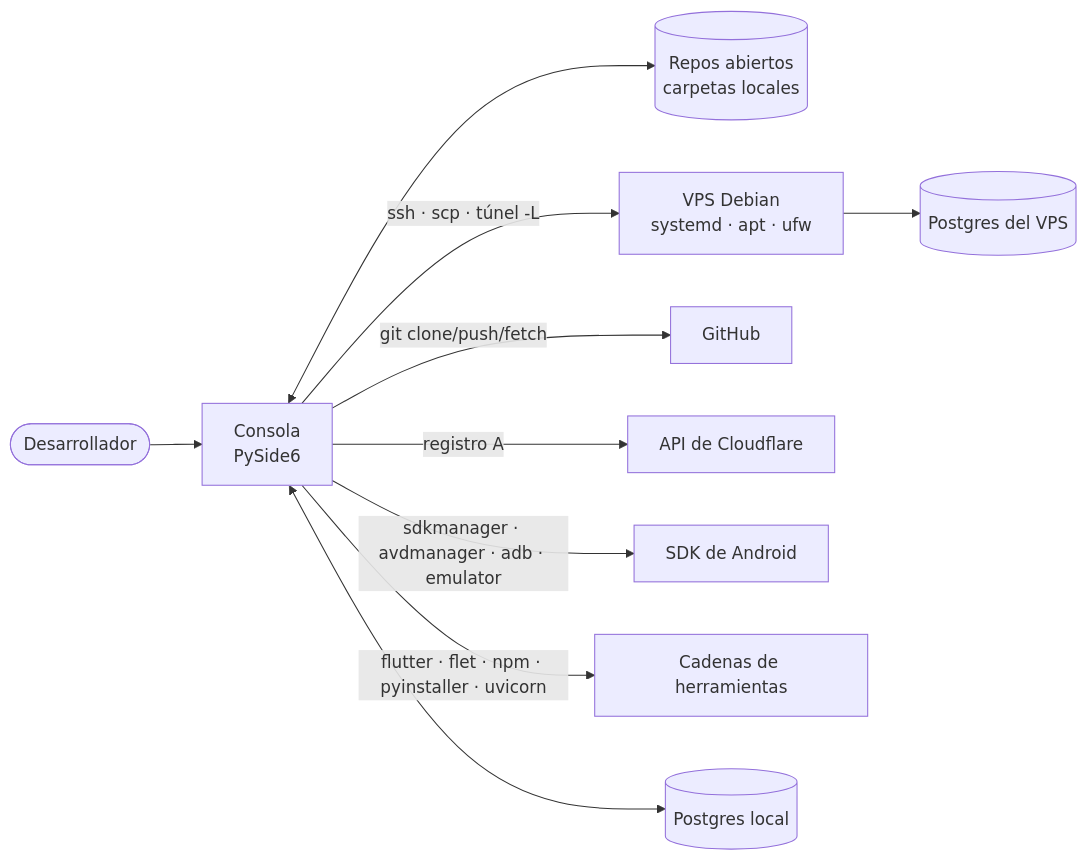
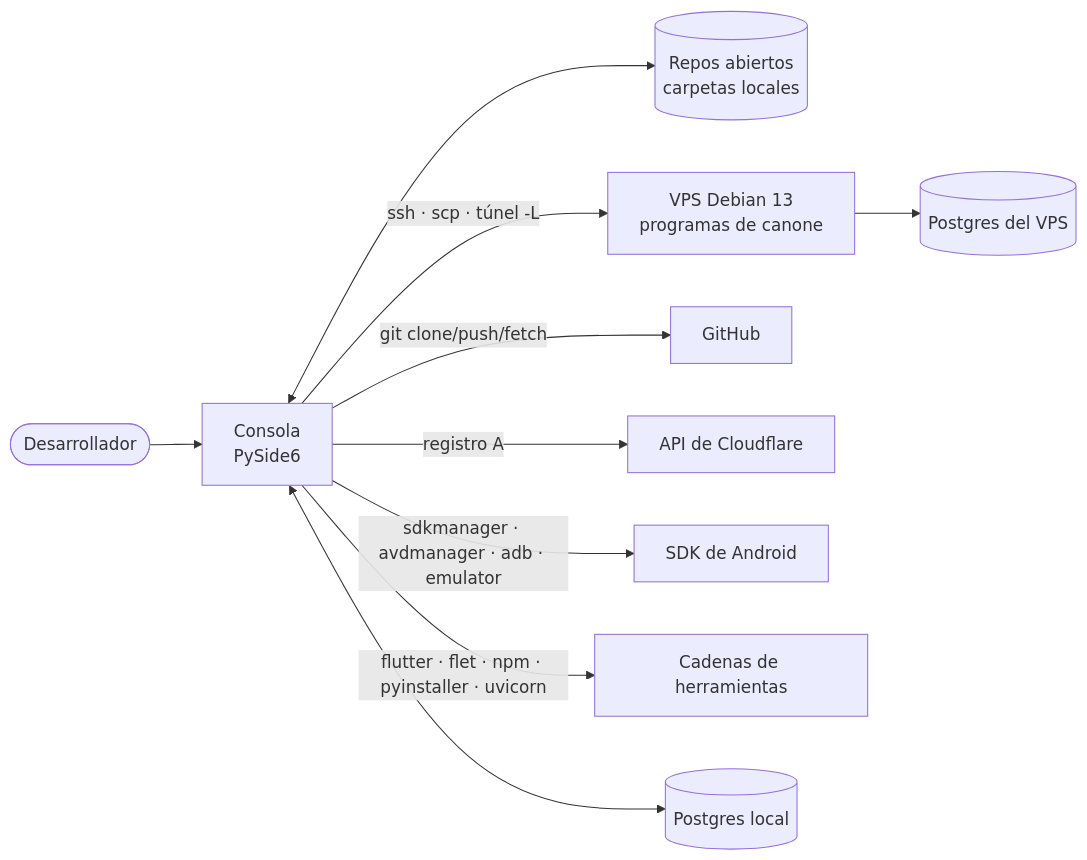
The diagram in docs/arquitectura/01_contexto.md (equipaggioe/consola), drawn with Mermaid before and after one commit. The commit also changed other lines of this file and 21 other files, not shown here.

First line of the commit message:
Preparar el VPS con install.py y credentials.py de canone

````diff
--- a/docs/arquitectura/01_contexto.md
+++ b/docs/arquitectura/01_contexto.md
@@ -39,12 +39,12 @@
 ```mermaid
 flowchart LR
     U([Desarrollador]) --> C[Consola<br/>PySide6]
     C <--> REPO[(Repos abiertos<br/>carpetas locales)]
-    C -- "ssh · scp · túnel -L" --> VPS[VPS Debian<br/>systemd · apt · ufw]
+    C -- "ssh · scp · túnel -L" --> VPS[VPS Debian 13<br/>programas de canone]
     VPS --> PG[(Postgres del VPS)]
     C -- "git clone/push/fetch" --> GH[GitHub]
     C -- "registro A" --> CF[API de Cloudflare]
     C -- "sdkmanager · avdmanager · adb · emulator" --> SDK[SDK de Android]
     C -- "flutter · flet · npm · pyinstaller · uvicorn" --> TOOLS[Cadenas de herramientas]
     C <--> PGL[(Postgres local)]
 ```
````
